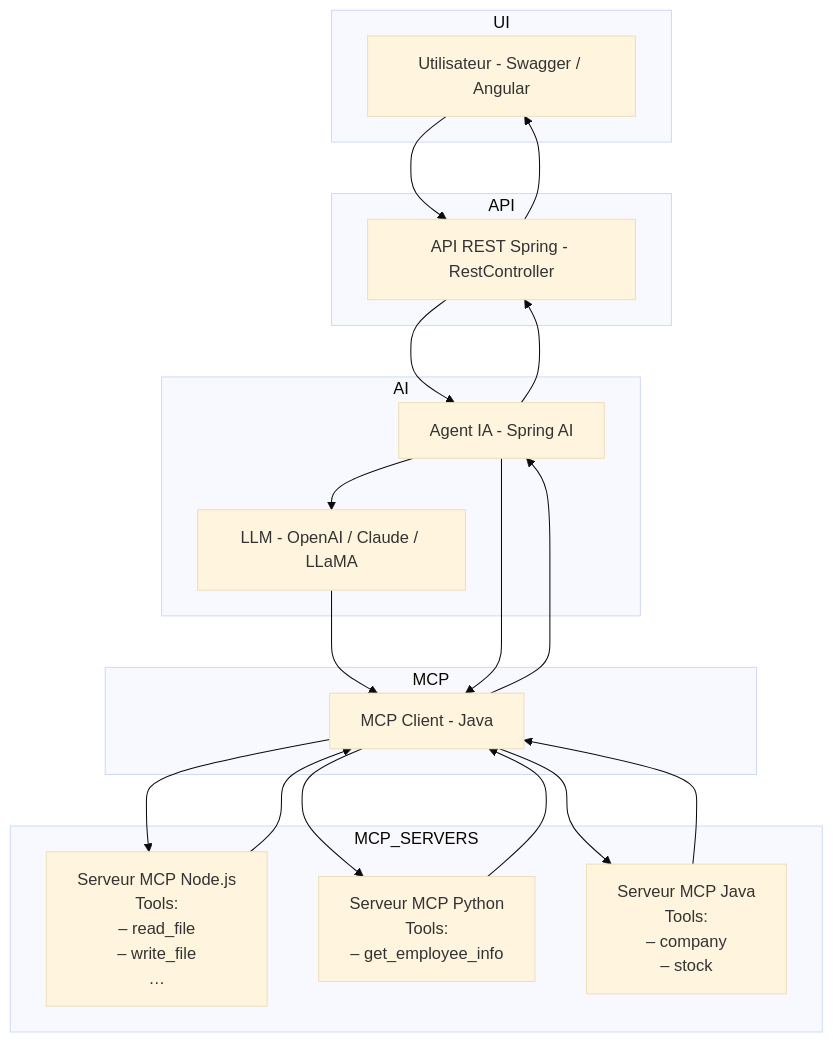
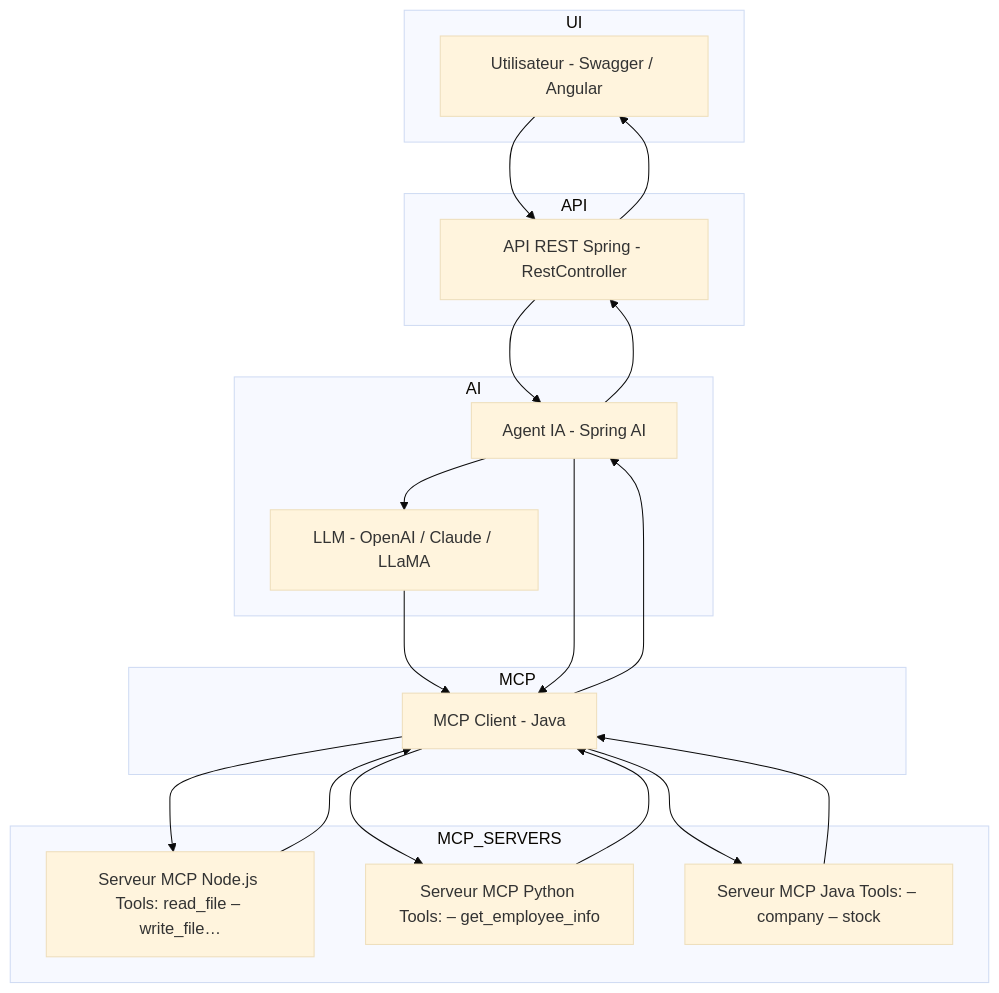
The second of 2 diagrams in README.md (AI-trainings/mcp-agentic-ai), drawn with Mermaid (base theme) before and after one commit.

````diff
--- a/README.md
+++ b/README.md
@@ -85,45 +85,45 @@
 ```mermaid
 flowchart TD
     subgraph UI
         A[Utilisateur - Swagger / Angular]
     end
 
     subgraph API
         B[API REST Spring - RestController]
     end
 
     subgraph AI
         C[Agent IA - Spring AI]
         D[LLM - OpenAI / Claude / LLaMA]
     end
 
     subgraph MCP
         E[MCP Client - Java]
     end
 
     subgraph MCP_SERVERS
-        F[Serveur MCP Node.js\nTools:\n– read_file\n– write_file\n…]
-        G[Serveur MCP Python\nTools:\n– get_employee_info]
-        H[Serveur MCP Java\nTools:\n– company\n– stock]
+        F[Serveur MCP Node.js Tools: read_file – write_file…]
+        G[Serveur MCP Python Tools: – get_employee_info]
+        H[Serveur MCP Java Tools: – company – stock]
     end
 
     %% Requête utilisateur jusqu’à la sélection du tool
     A --> B
     B --> C
     C --> D
     D --> E
     C --> E
 
     %% Appel du bon serveur selon le tool
     E --> F
     E --> G
     E --> H
 
     %% Retour du résultat
     F --> E
     G --> E
     H --> E
     E --> C
     C --> B
     B --> A
 ```
````
